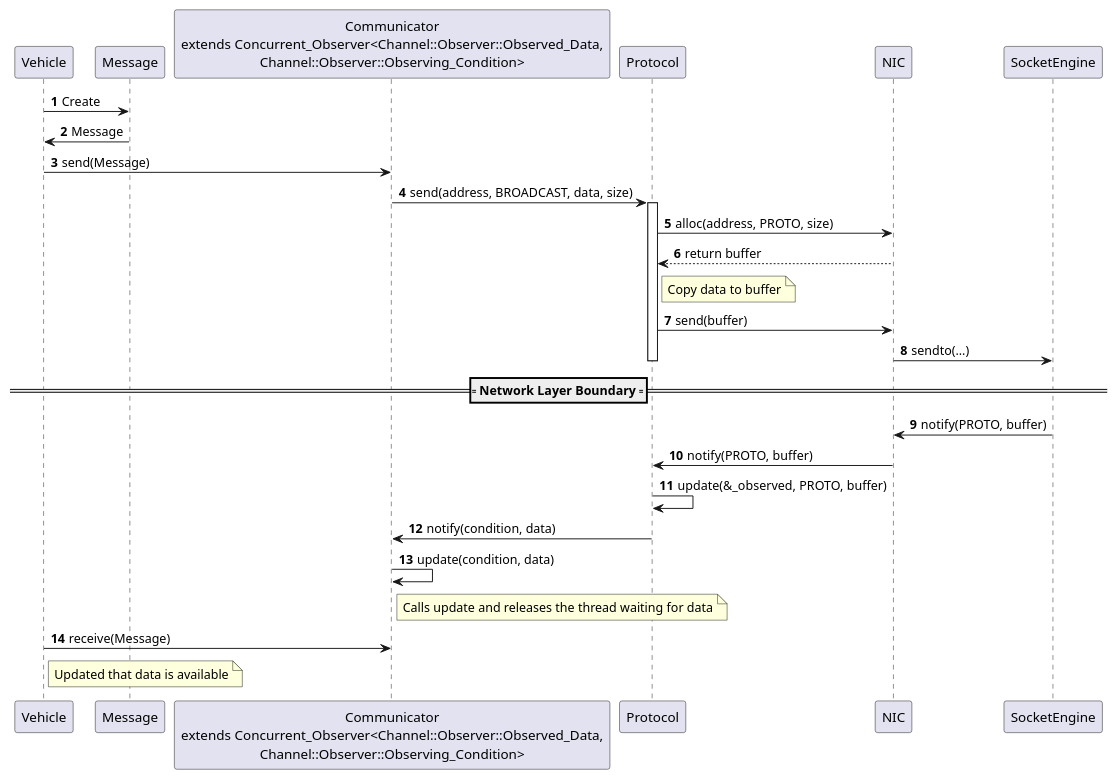
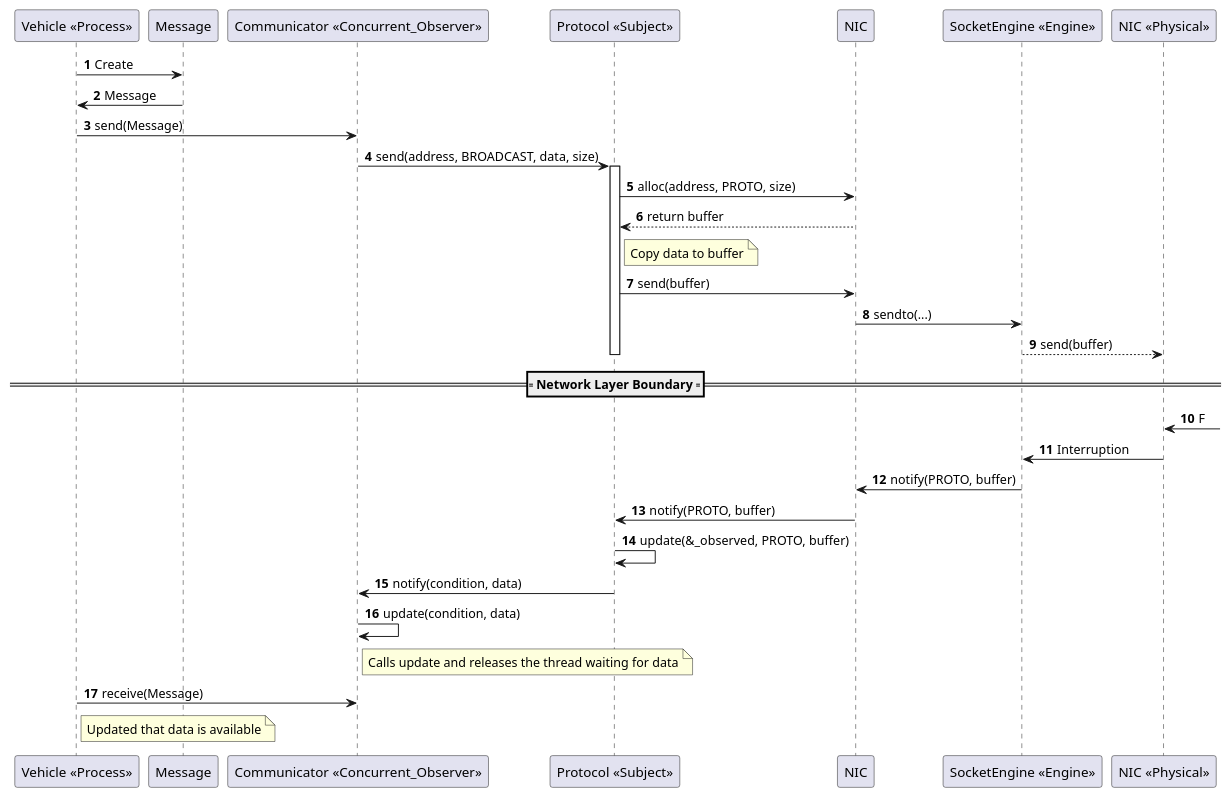
One commit to jcconnects/UFSC-INE5424 changed the diagram in doc/uml/01-system_sequence_diagram.puml. Above: the diagram before and after it, drawn with PlantUML. The commit also changed 3 other files, not shown here.

Commit message:
update sequence diagram with the NIC Physical

```diff
--- a/doc/uml/01-system_sequence_diagram.puml
+++ b/doc/uml/01-system_sequence_diagram.puml
@@ -1,36 +1,40 @@
-@startuml Observer_Pattern_Sequence
+@startuml 01-system_sequence_diagram
 
 ' Process flow
-participant Vehicle
-participant Message
-participant "Communicator\nextends Concurrent_Observer<Channel::Observer::Observed_Data,\nChannel::Observer::Observing_Condition>" as Communicator
-participant Protocol
-participant NIC
-participant SocketEngine
+participant "Vehicle <<Process>>" as Vehicle
+participant "Message" as Message
+participant "Communicator <<Concurrent_Observer>>" as Communicator
+participant "Protocol <<Subject>>" as Protocol
+participant "NIC" as NIC
+participant "SocketEngine <<Engine>>" as SocketEngine
+participant "NIC <<Physical>>" as NIC_Physical
 
 autonumber
 Vehicle -> Message: Create
 Message -> Vehicle: Message
 Vehicle -> Communicator: send(Message)
 Communicator -> Protocol: send(address, BROADCAST, data, size)
 activate Protocol
 Protocol -> NIC: alloc(address, PROTO, size)
 NIC --> Protocol: return buffer
 note right of Protocol: Copy data to buffer
 Protocol -> NIC: send(buffer)
 NIC -> SocketEngine: sendto(...)
+SocketEngine --> NIC_Physical: send(buffer)
 deactivate Protocol
 
 ==== Network Layer Boundary ====
 
 ' NIC receives data from the network
+NIC_Physical <-: F 
+NIC_Physical -> SocketEngine: Interruption
 SocketEngine -> NIC: notify(PROTO, buffer)
 NIC -> Protocol: notify(PROTO, buffer)
 Protocol -> Protocol: update(&_observed, PROTO, buffer)
 Protocol -> Communicator: notify(condition, data)
 Communicator -> Communicator: update(condition, data)
 note right of Communicator: Calls update and releases the thread waiting for data
 Vehicle -> Communicator: receive(Message)
 note right of Vehicle: Updated that data is available
 
 @enduml 
```
